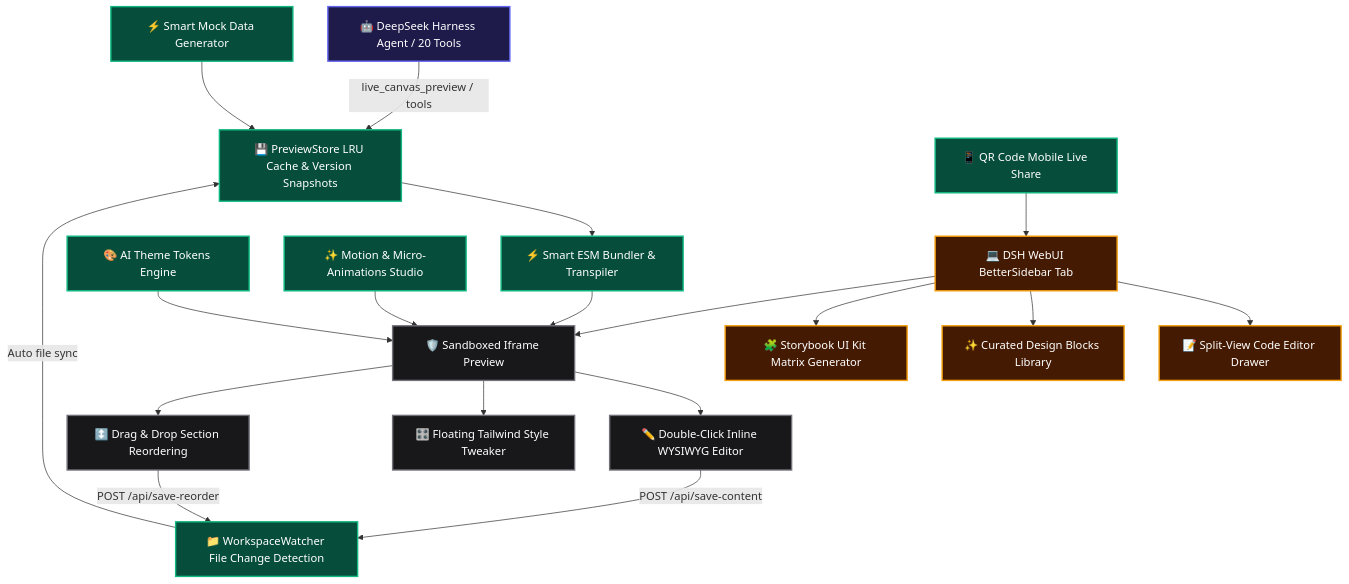
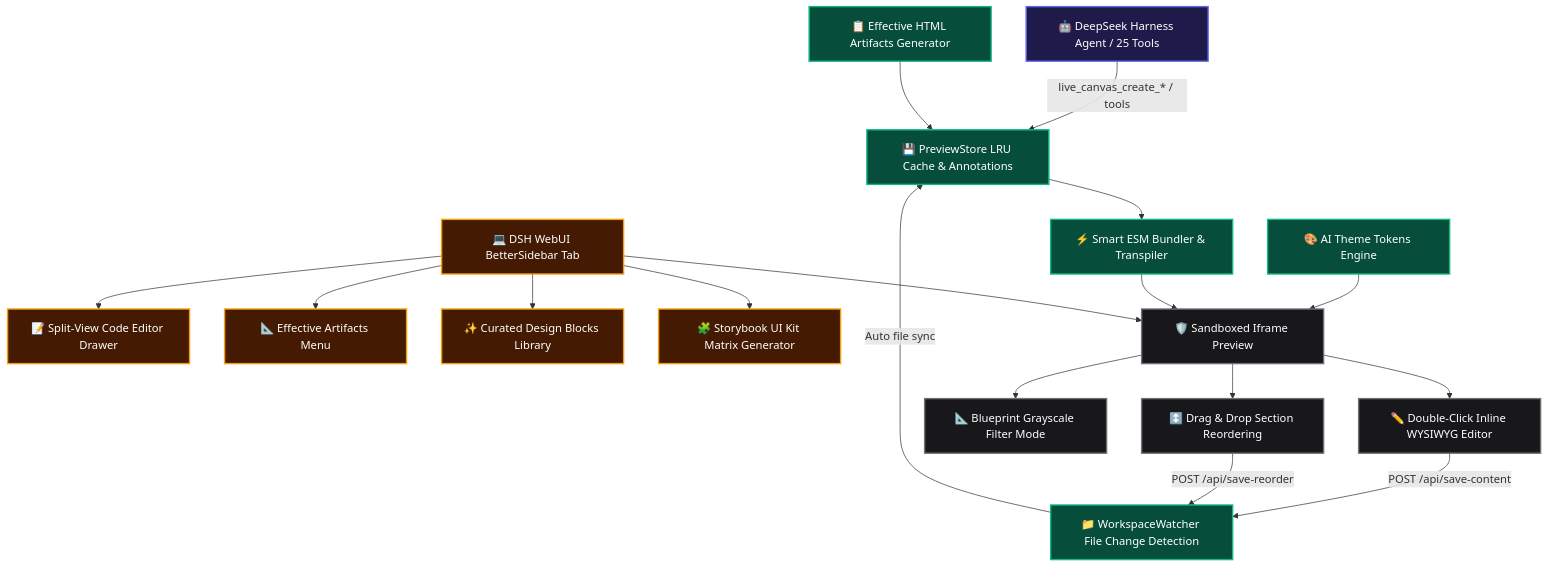
Before and after one commit to GooDAnDReaDY/dsh-live-canvas: the diagram in README.md, drawn with Mermaid. The commit also changed other lines of this file and 13 other files, not shown here.

````diff
--- a/README.md
+++ b/README.md
@@ -42,46 +41,44 @@
 ```mermaid
 graph TD
     classDef agent fill:#1e1b4b,stroke:#6366f1,stroke-width:2px,color:#fff;
     classDef core fill:#064e3b,stroke:#10b981,stroke-width:2px,color:#fff;
     classDef ui fill:#451a03,stroke:#f59e0b,stroke-width:2px,color:#fff;
     classDef sandbox fill:#18181b,stroke:#71717a,stroke-width:2px,color:#fff;
 
-    Agent[🤖 DeepSeek Harness Agent / 20 Tools]:::agent
-    Store[💾 PreviewStore LRU Cache & Version Snapshots]:::core
+    Agent[🤖 DeepSeek Harness Agent / 25 Tools]:::agent
+    Store[💾 PreviewStore LRU Cache & Annotations]:::core
     Watcher[📁 WorkspaceWatcher File Change Detection]:::core
     Bundler[⚡ Smart ESM Bundler & Transpiler]:::core
+    Artifacts[📋 Effective HTML Artifacts Generator]:::core
     Themes[🎨 AI Theme Tokens Engine]:::core
-    Faker[⚡ Smart Mock Data Generator]:::core
-    Motion[✨ Motion & Micro-Animations Studio]:::core
-    Share[📱 QR Code Mobile Live Share]:::core
 
     WebUI[💻 DSH WebUI BetterSidebar Tab]:::ui
     EditorDrawer[📝 Split-View Code Editor Drawer]:::ui
+    ArtifactsModal[📐 Effective Artifacts Menu]:::ui
     BlocksModal[✨ Curated Design Blocks Library]:::ui
     Storybook[🧩 Storybook UI Kit Matrix Generator]:::ui
 
     SandboxFrame[🛡️ Sandboxed Iframe Preview]:::sandbox
     WYSIWYG[✏️ Double-Click Inline WYSIWYG Editor]:::sandbox
-    StyleTweaker[🎛️ Floating Tailwind Style Tweaker]:::sandbox
+    Blueprint[📐 Blueprint Grayscale Filter Mode]:::sandbox
     DnD[↕️ Drag & Drop Section Reordering]:::sandbox
 
-    Agent -->|live_canvas_preview / tools| Store
+    Agent -->|live_canvas_create_* / tools| Store
     Watcher -->|Auto file sync| Store
     Store --> Bundler
+    Artifacts --> Store
     Themes --> SandboxFrame
-    Motion --> SandboxFrame
-    Faker --> Store
-    Share --> WebUI
     Bundler --> SandboxFrame
 
     WebUI --> EditorDrawer
+    WebUI --> ArtifactsModal
     WebUI --> BlocksModal
     WebUI --> Storybook
     WebUI --> SandboxFrame
 
     SandboxFrame --> WYSIWYG
-    SandboxFrame --> StyleTweaker
+    SandboxFrame --> Blueprint
     SandboxFrame --> DnD
     WYSIWYG -->|POST /api/save-content| Watcher
     DnD -->|POST /api/save-reorder| Watcher
 ```
````
